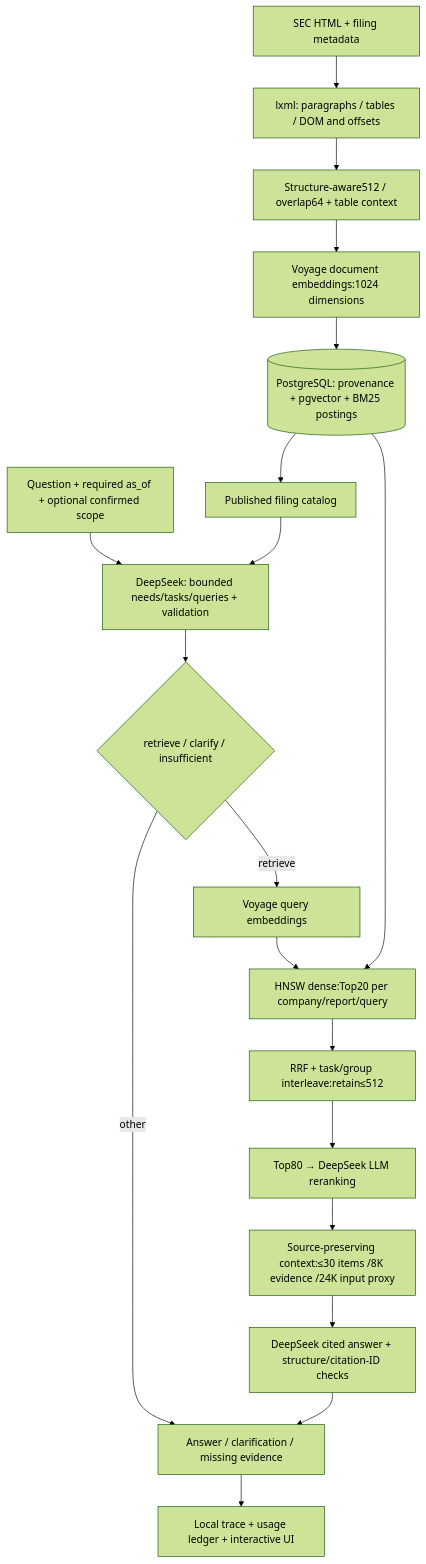
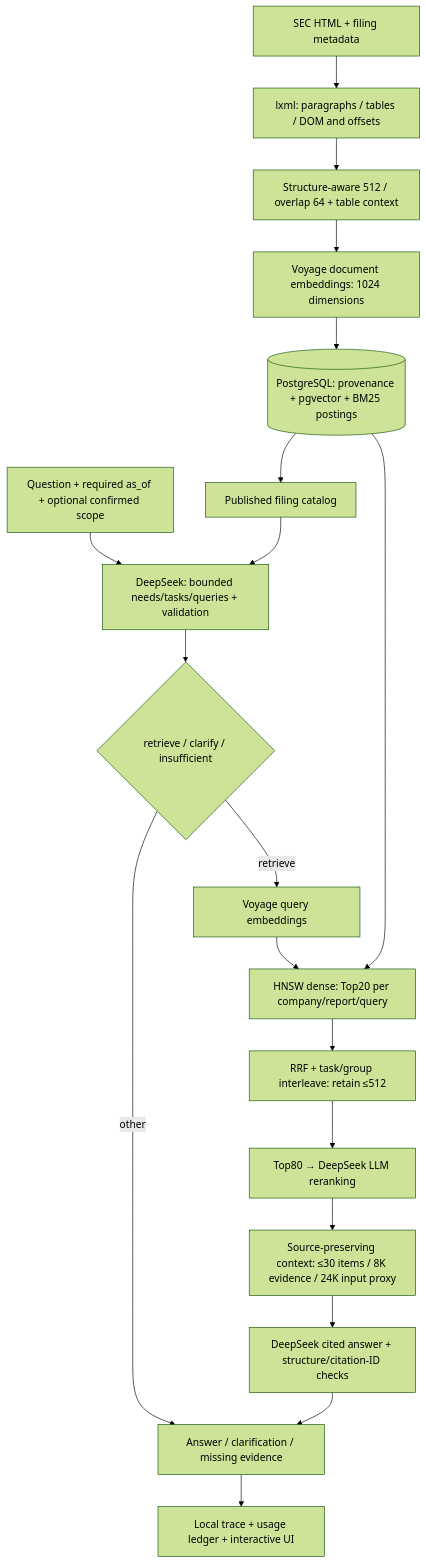
The diagram in README.md (RqingLiu/financial-report-rag), drawn with Mermaid (forest theme) before and after one commit. The commit also changed other lines of this file and 8 other files, not shown here.

````diff
--- a/README.md
+++ b/README.md
@@ -21,20 +21,20 @@
 ```mermaid
 flowchart TB
   SEC["SEC HTML + filing metadata"] --> Parse["lxml: paragraphs / tables / DOM and offsets"]
-  Parse --> Chunk["Structure-aware512 / overlap64 + table context"]
-  Chunk --> DocEmb["Voyage document embeddings:1024 dimensions"]
+  Parse --> Chunk["Structure-aware 512 / overlap 64 + table context"]
+  Chunk --> DocEmb["Voyage document embeddings: 1024 dimensions"]
   DocEmb --> PG[("PostgreSQL: provenance + pgvector + BM25 postings")]
   Q["Question + required as_of + optional confirmed scope"] --> Plan["DeepSeek: bounded needs/tasks/queries + validation"]
   PG --> Catalog["Published filing catalog"] --> Plan
   Plan --> Route{"retrieve / clarify / insufficient"}
   Route -->|retrieve| Emb["Voyage query embeddings"]
-  Emb --> Search["HNSW dense:Top20 per company/report/query"]
+  Emb --> Search["HNSW dense: Top20 per company/report/query"]
   PG --> Search
-  Search --> Fuse["RRF + task/group interleave:retain≤512"]
+  Search --> Fuse["RRF + task/group interleave: retain ≤512"]
   Fuse --> Rank["Top80 → DeepSeek LLM reranking"]
-  Rank --> Ctx["Source-preserving context:≤30 items /8K evidence /24K input proxy"]
+  Rank --> Ctx["Source-preserving context: ≤30 items / 8K evidence / 24K input proxy"]
   Ctx --> Answer["DeepSeek cited answer + structure/citation-ID checks"]
   Route -->|other| Result["Answer / clarification / missing evidence"]
   Answer --> Result
   Result --> Trace["Local trace + usage ledger + interactive UI"]
 ```
````
